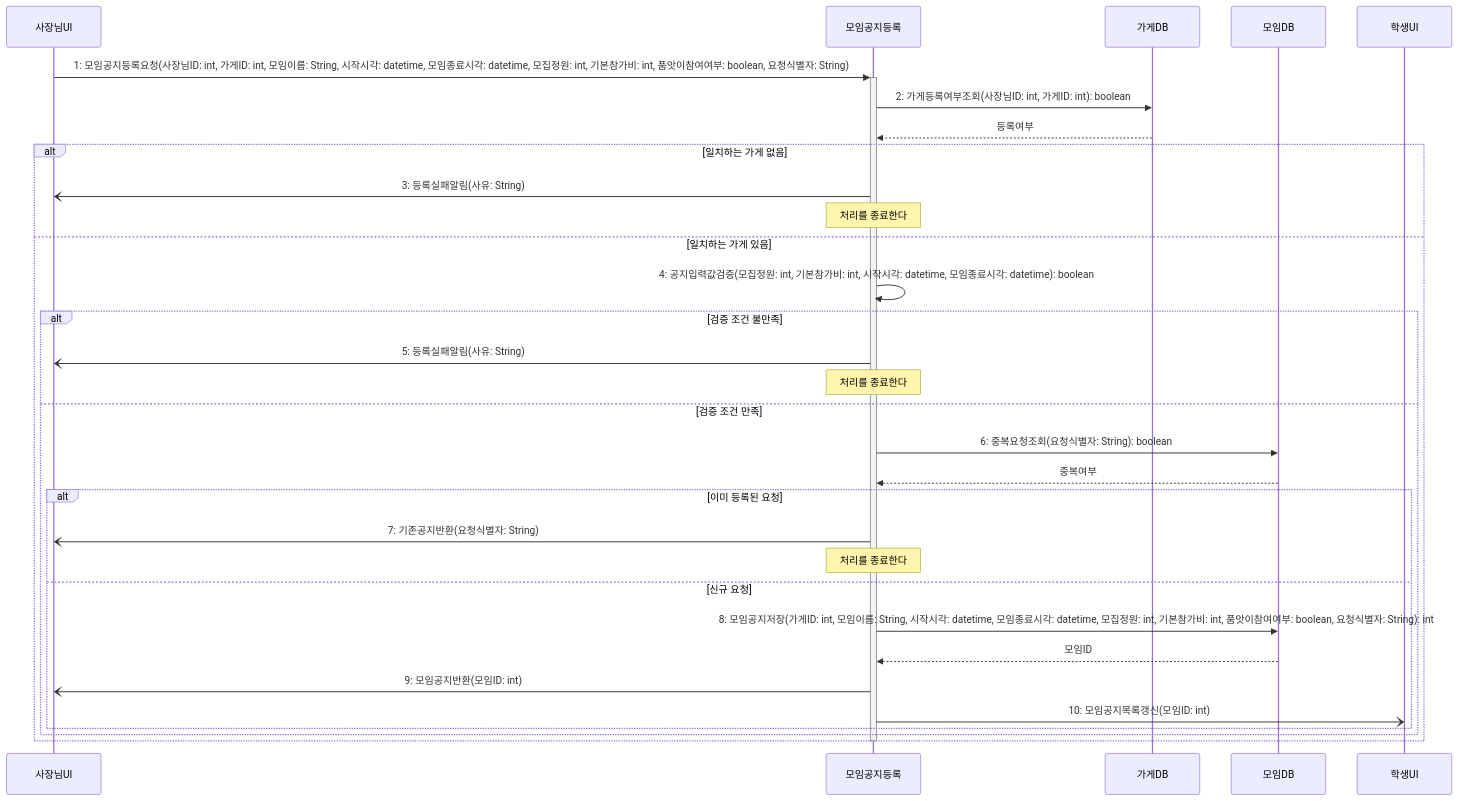
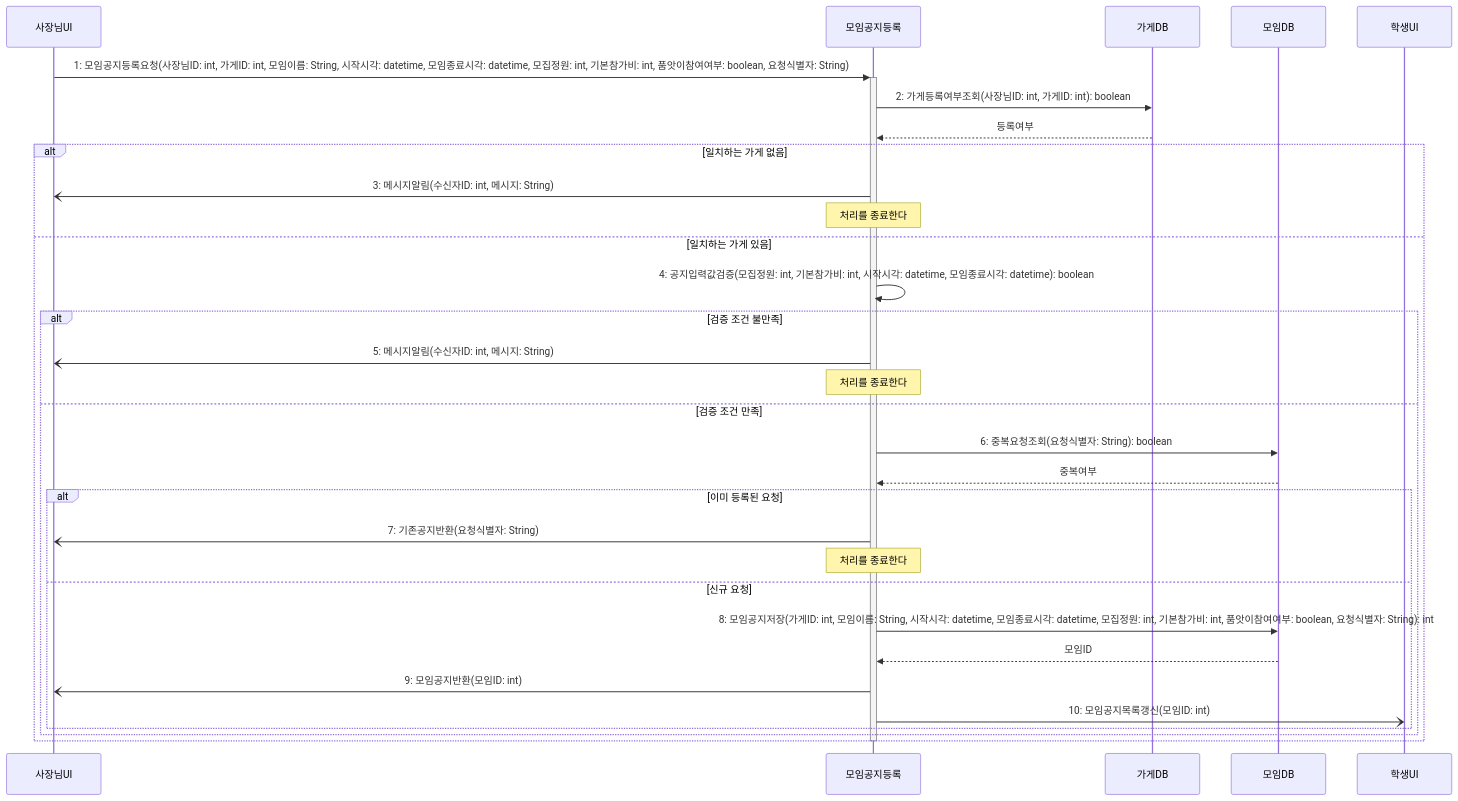
The diagram in sequence/seq-01.md (hojae3/sw-engineering-16), drawn with Mermaid before and after one commit. The commit also changed other lines of this file and 19 other files, not shown here.

````diff
--- a/sequence/seq-01.md
+++ b/sequence/seq-01.md
@@ -24,38 +24,38 @@
 ```mermaid
 sequenceDiagram
     participant 사장님UI as 사장님UI
     participant 등록 as 모임공지등록
     participant 가게DB as 가게DB
     participant 모임DB as 모임DB
     participant 학생UI as 학생UI
 
     사장님UI->>+등록: 1: 모임공지등록요청(사장님ID: int, 가게ID: int, 모임이름: String, 시작시각: datetime, 모임종료시각: datetime, 모집정원: int, 기본참가비: int, 품앗이참여여부: boolean, 요청식별자: String)
     등록->>가게DB: 2: 가게등록여부조회(사장님ID: int, 가게ID: int): boolean
     가게DB-->>등록: 등록여부
 
     alt 일치하는 가게 없음
-        등록-)사장님UI: 3: 등록실패알림(사유: String)
+        등록-)사장님UI: 3: 메시지알림(수신자ID: int, 메시지: String)
         Note over 등록: 처리를 종료한다
     else 일치하는 가게 있음
         등록->>등록: 4: 공지입력값검증(모집정원: int, 기본참가비: int, 시작시각: datetime, 모임종료시각: datetime): boolean
 
         alt 검증 조건 불만족
-            등록-)사장님UI: 5: 등록실패알림(사유: String)
+            등록-)사장님UI: 5: 메시지알림(수신자ID: int, 메시지: String)
             Note over 등록: 처리를 종료한다
         else 검증 조건 만족
             등록->>모임DB: 6: 중복요청조회(요청식별자: String): boolean
             모임DB-->>등록: 중복여부
 
             alt 이미 등록된 요청
                 등록-)사장님UI: 7: 기존공지반환(요청식별자: String)
                 Note over 등록: 처리를 종료한다
             else 신규 요청
                 등록->>모임DB: 8: 모임공지저장(가게ID: int, 모임이름: String, 시작시각: datetime, 모임종료시각: datetime, 모집정원: int, 기본참가비: int, 품앗이참여여부: boolean, 요청식별자: String): int
                 모임DB-->>등록: 모임ID
                 등록-)사장님UI: 9: 모임공지반환(모임ID: int)
                 등록-)학생UI: 10: 모임공지목록갱신(모임ID: int)
             end
         end
     end
     deactivate 등록
 ```
````
